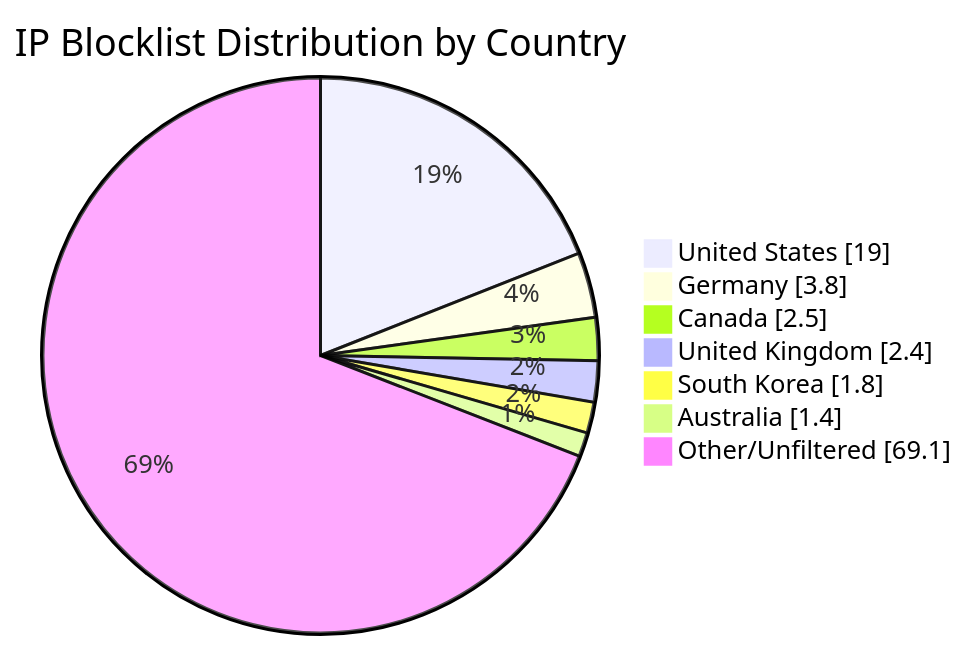
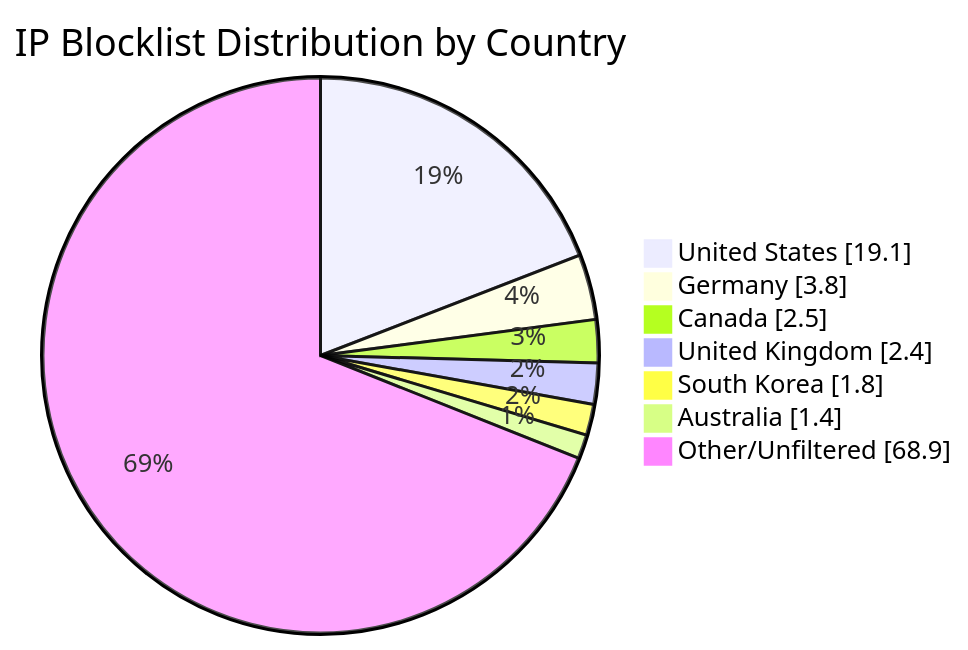
Before and after one commit to MarcusHoltz/ipblocklist-geofiltered-aggregator: the diagram in README.md, drawn with Mermaid. The commit also changed other lines of this file and 9 other files, not shown here.

````diff
--- a/README.md
+++ b/README.md
@@ -34,10 +34,10 @@
 ```mermaid
 pie showData title IP Blocklist Distribution by Country
-"United States" : 19.0
+"United States" : 19.1
 "Germany" : 3.8
 "Canada" : 2.5
 "United Kingdom" : 2.4
 "South Korea" : 1.8
 "Australia" : 1.4
-"Other/Unfiltered" : 69.1
+"Other/Unfiltered" : 68.9
 ```
````
